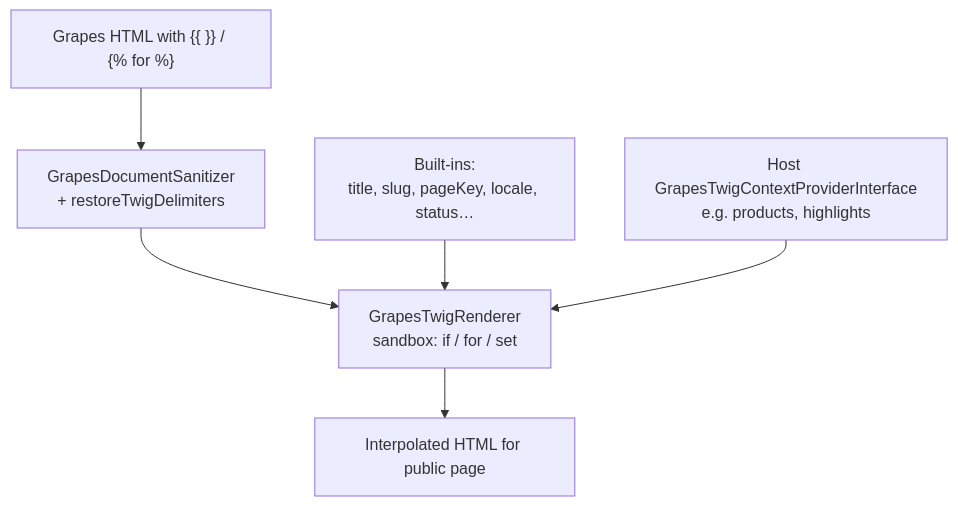
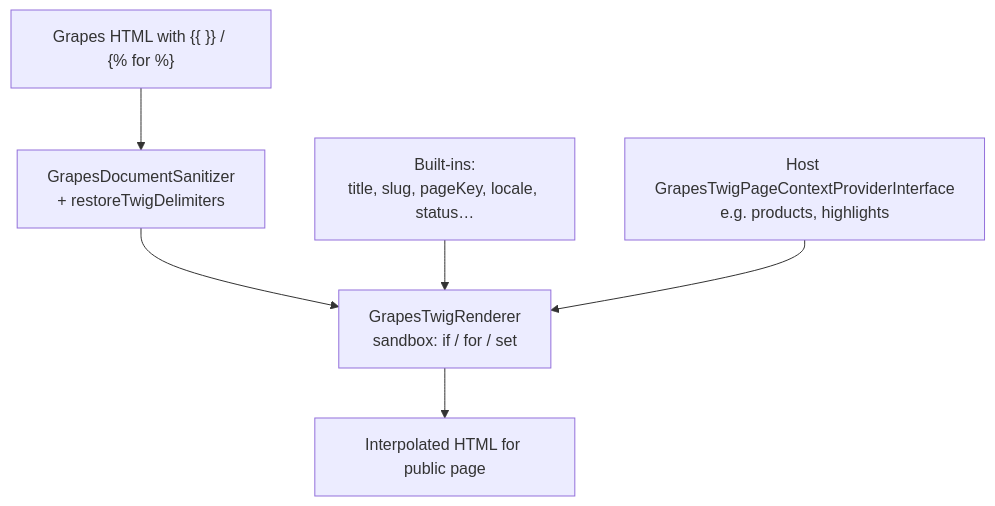
Before and after one commit to nowo-tech/PageBuilderKitBundle: the eighth of 11 diagrams in docs/ARCHITECTURE.md, drawn with Mermaid. The commit also changed other lines of this file and 10 other files, not shown here.

First line of the commit message:
docs: 2.0.0 UPGRADING, CHANGELOG, configuration and architecture docs, 1.x support

````diff
--- a/docs/ARCHITECTURE.md
+++ b/docs/ARCHITECTURE.md
@@ -277,15 +277,15 @@
 ```mermaid
 flowchart TB
     Raw["Grapes HTML with {{ }} / {% for %}"]
     San["GrapesDocumentSanitizer<br/>+ restoreTwigDelimiters"]
     CtxBuiltins["Built-ins:<br/>title, slug, pageKey, locale, status…"]
-    CtxHost["Host GrapesTwigContextProviderInterface<br/>e.g. products, highlights"]
+    CtxHost["Host GrapesTwigPageContextProviderInterface<br/>e.g. products, highlights"]
     Sandbox["GrapesTwigRenderer<br/>sandbox: if / for / set"]
     Out["Interpolated HTML for public page"]
 
     Raw --> San
     San --> Sandbox
     CtxBuiltins --> Sandbox
     CtxHost --> Sandbox
     Sandbox --> Out
 ```
````
